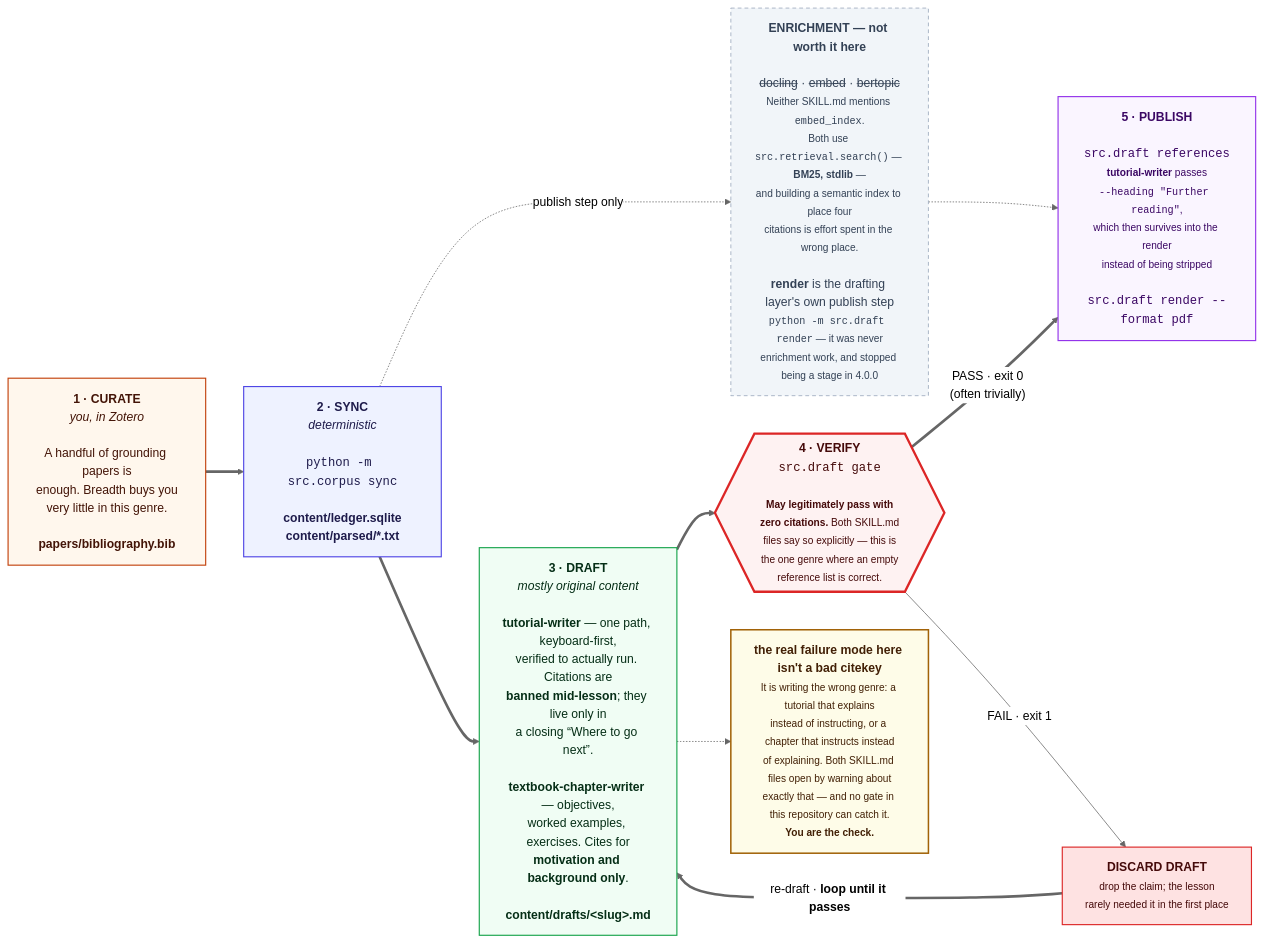
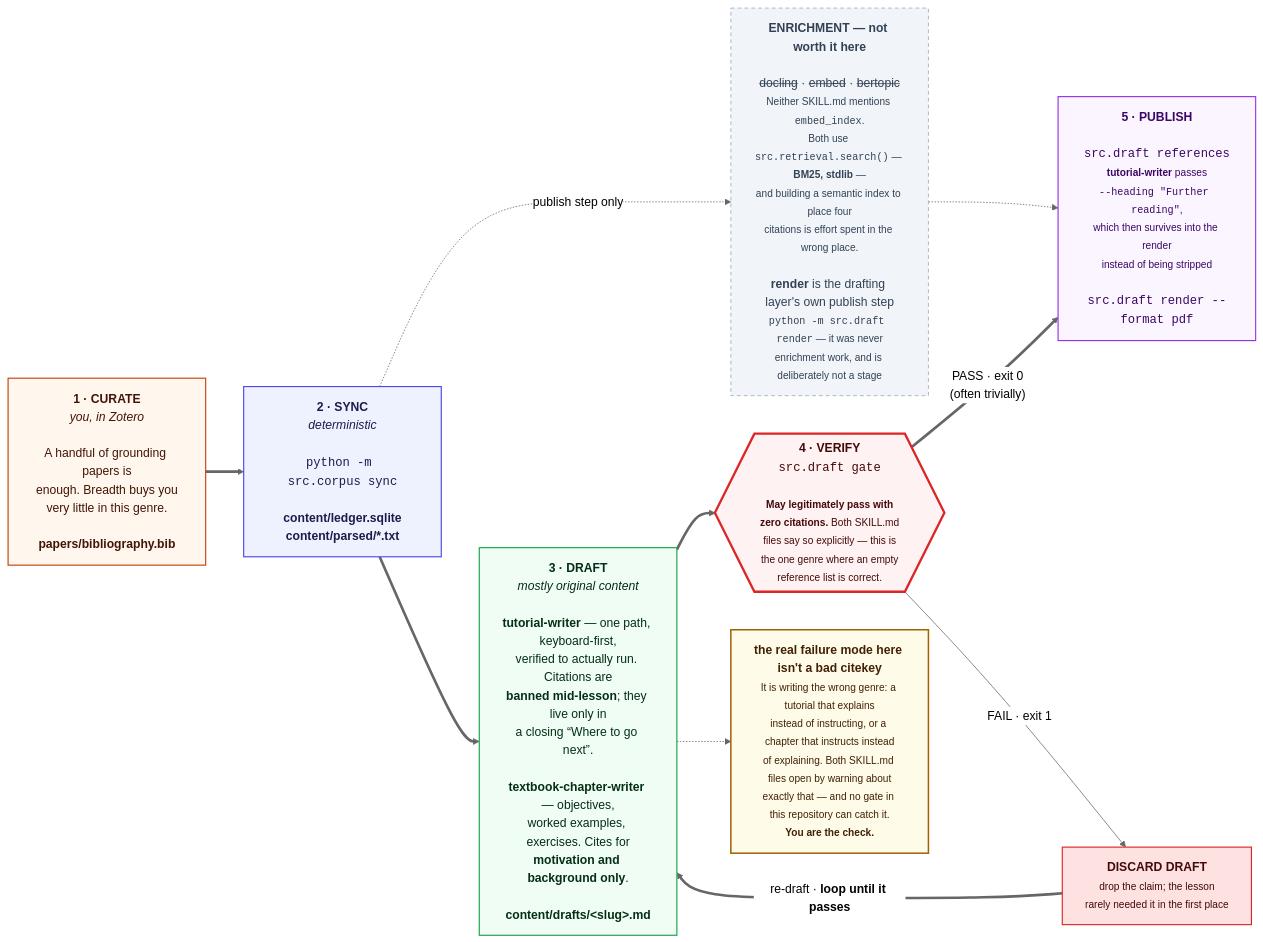
One commit to prasadtalasila/chitragupta changed the eighth of 11 diagrams in docs/DIAGRAMS.md. Above: the diagram before and after it, drawn with Mermaid (neutral theme). The commit also changed 27 other files, not shown here.

````diff
--- a/docs/DIAGRAMS.md
+++ b/docs/DIAGRAMS.md
@@ -706,45 +706,45 @@
 ```mermaid
 flowchart LR
 
   P0["<b>1 · CURATE</b><br/><i>you, in Zotero</i><br/><br/>A handful of grounding papers is<br/>enough. Breadth buys you<br/>very little in this genre.<br/><br/><b>papers/bibliography.bib</b>"]
 
   P1["<b>2 · SYNC</b><br/><i>deterministic</i><br/><br/><code>python -m src.corpus sync</code><br/><br/><b>content/ledger.sqlite</b><br/><b>content/parsed/*.txt</b>"]
 
-  HEAVY["<b>ENRICHMENT — not worth it here</b><br/><br/><s>docling</s> · <s>embed</s> · <s>bertopic</s><br/><small>Neither SKILL.md mentions <code>embed_index</code>.<br/>Both use <code>src.retrieval.search()</code> — <b>BM25, stdlib</b> —<br/>and building a semantic index to place four<br/>citations is effort spent in the wrong place.</small><br/><br/><b>render</b> is the drafting layer's own publish step<br/><small><code>python -m src.draft render</code> — it was never<br/>enrichment work, and stopped being a stage in 4.0.0</small>"]
+  HEAVY["<b>ENRICHMENT — not worth it here</b><br/><br/><s>docling</s> · <s>embed</s> · <s>bertopic</s><br/><small>Neither SKILL.md mentions <code>embed_index</code>.<br/>Both use <code>src.retrieval.search()</code> — <b>BM25, stdlib</b> —<br/>and building a semantic index to place four<br/>citations is effort spent in the wrong place.</small><br/><br/><b>render</b> is the drafting layer's own publish step<br/><small><code>python -m src.draft render</code> — it was never<br/>enrichment work, and is deliberately not a stage</small>"]
 
   P2["<b>3 · DRAFT</b><br/><i>mostly original content</i><br/><br/><b>tutorial-writer</b> — one path, keyboard-first,<br/>verified to actually run. Citations are<br/><b>banned mid-lesson</b>; they live only in<br/>a closing “Where to go next”.<br/><br/><b>textbook-chapter-writer</b> — objectives,<br/>worked examples, exercises. Cites for<br/><b>motivation and background only</b>.<br/><br/><b>content/drafts/&lt;slug&gt;.md</b>"]
 
   P3{{"<b>4 · VERIFY</b><br/><code>src.draft gate</code><br/><br/><small><b>May legitimately pass with<br/>zero citations.</b> Both SKILL.md<br/>files say so explicitly — this is<br/>the one genre where an empty<br/>reference list is correct.</small>"}}
 
   FIX["<b>DISCARD DRAFT</b><br/><small>drop the claim; the lesson<br/>rarely needed it in the first place</small>"]
 
   P4["<b>5 · PUBLISH</b><br/><br/><code>src.draft references</code><br/><small><b>tutorial-writer</b> passes<br/><code>--heading &quot;Further reading&quot;</code>,<br/>which then survives into the render<br/>instead of being stripped</small><br/><br/><code>src.draft render --format pdf</code>"]
 
   RISK["<b>the real failure mode here isn't a bad citekey</b><br/><small>It is writing the wrong genre: a tutorial that explains<br/>instead of instructing, or a chapter that instructs instead<br/>of explaining. Both SKILL.md files open by warning about<br/>exactly that — and no gate in this repository can catch it.<br/><b>You are the check.</b></small>"]
 
   P0 ==> P1 ==> P2 ==> P3
   P1 -. "publish step only" .-> HEAVY
   HEAVY -.-> P4
   P3 == "PASS · exit 0<br/>(often trivially)" ==> P4
   P3 -- "FAIL · exit 1" --> FIX
   FIX == "re-draft · <b>loop until it passes</b>" ==> P2
   P2 -.-> RISK
 
   classDef you fill:#fff7ed,stroke:#c2410c,stroke-width:1.5px,color:#431407
   classDef det fill:#eef2ff,stroke:#4f46e5,stroke-width:1.5px,color:#1e1b4b
   classDef gen fill:#f0fdf4,stroke:#16a34a,stroke-width:1.5px,color:#052e16
   classDef gate fill:#fef2f2,stroke:#dc2626,stroke-width:3px,color:#450a0a
   classDef out fill:#faf5ff,stroke:#9333ea,stroke-width:1.5px,color:#3b0764
   classDef bad fill:#fee2e2,stroke:#dc2626,stroke-width:1.5px,color:#450a0a
   classDef off fill:#f1f5f9,stroke:#94a3b8,stroke-dasharray:5 4,color:#334155
   classDef risk fill:#fefce8,stroke:#a16207,stroke-width:2px,color:#422006
 
   class P0 you
   class P1 det
   class P2 gen
   class P3 gate
   class P4 out
   class FIX bad
   class HEAVY off
   class RISK risk
 ```
````
